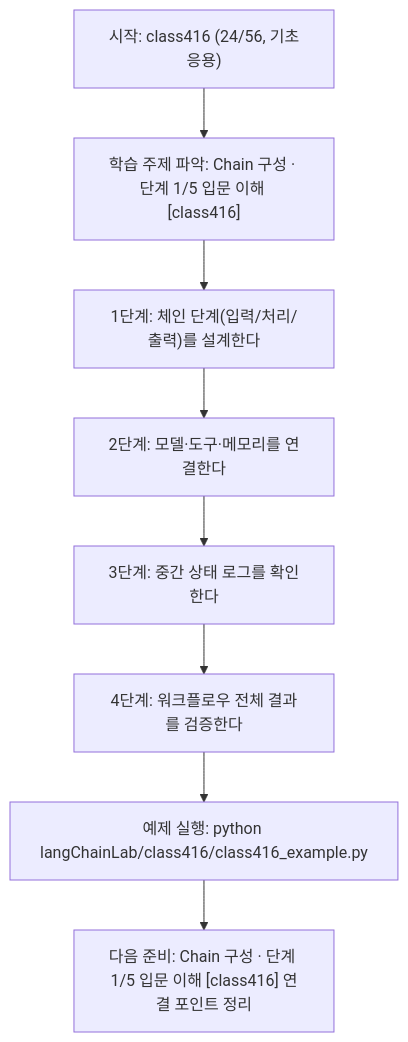
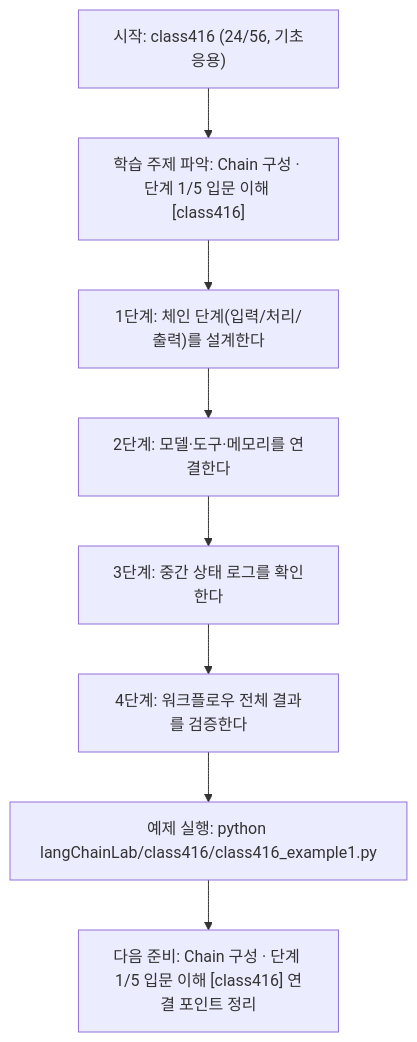
The diagram in langChainLab/class416/class416.md (edumgt/Python-AI_Agent-Class), drawn with Mermaid before and after one commit. The commit also changed other lines of this file and 2959 other files, not shown here.

````diff
--- a/langChainLab/class416/class416.md
+++ b/langChainLab/class416/class416.md
@@ -109,18 +109,18 @@
 ```mermaid
 flowchart TD
 N1["시작: class416 (24/56, 기초응용)"]
 N2["학습 주제 파악: Chain 구성 · 단계 1/5 입문 이해 [class416]"]
 N3["1단계: 체인 단계(입력/처리/출력)를 설계한다"]
 N4["2단계: 모델·도구·메모리를 연결한다"]
 N5["3단계: 중간 상태 로그를 확인한다"]
 N6["4단계: 워크플로우 전체 결과를 검증한다"]
-N7["예제 실행: python langChainLab/class416/class416_example.py"]
+N7["예제 실행: python langChainLab/class416/class416_example1.py"]
 N8["다음 준비: Chain 구성 · 단계 1/5 입문 이해 [class416] 연결 포인트 정리"]
 N1 --> N2
 N2 --> N3
 N3 --> N4
 N4 --> N5
 N5 --> N6
 N6 --> N7
 N7 --> N8
 ```
````
